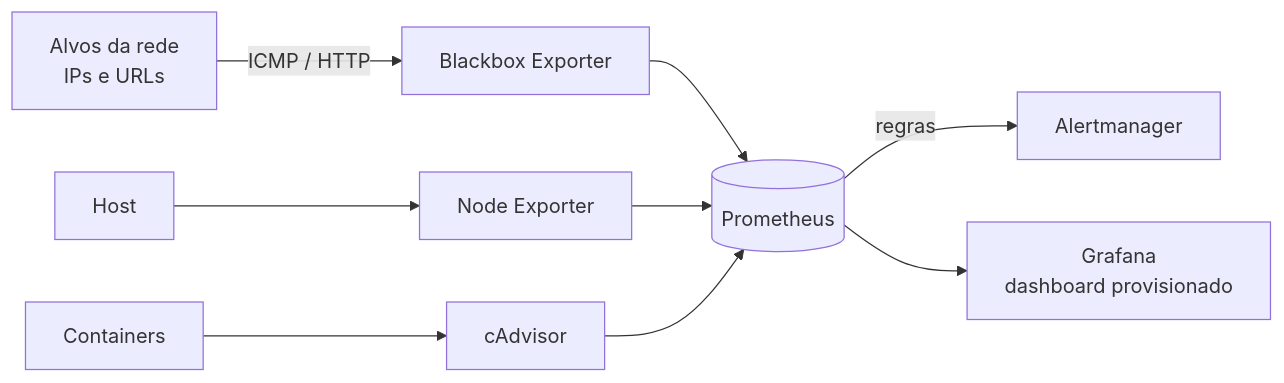
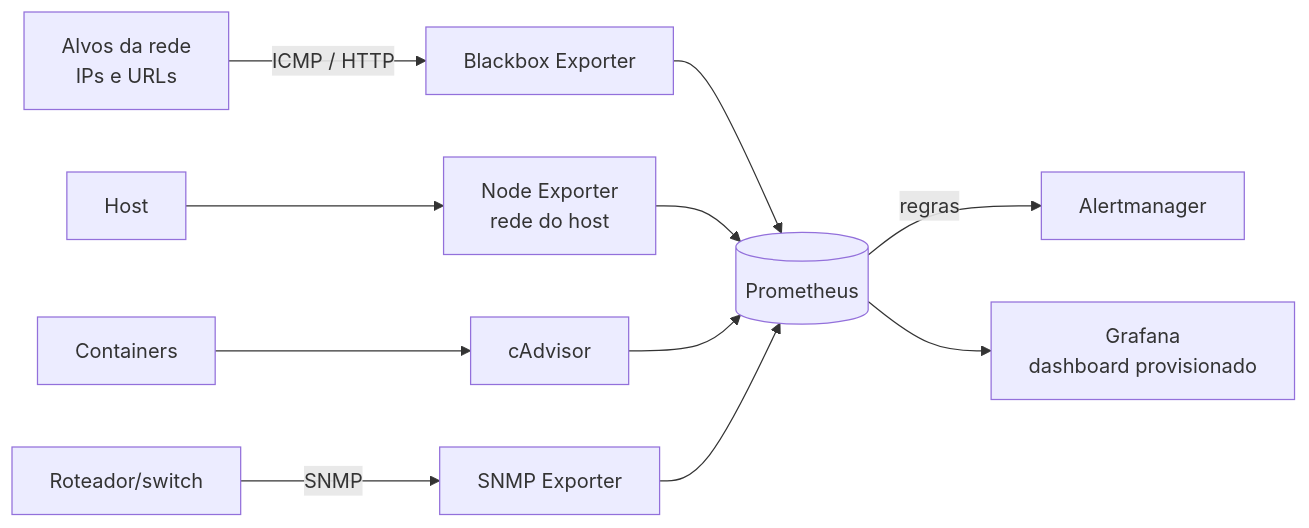
One commit to MvitorLS/monitoramento-redes-docker changed the diagram in README.md. Above: the diagram before and after it, drawn with Mermaid. The commit also changed other lines of this file and 7 other files, not shown here.

````diff
--- a/README.md
+++ b/README.md
@@ -5,9 +7,10 @@
 ```mermaid
 flowchart LR
     T[Alvos da rede<br/>IPs e URLs] -- ICMP / HTTP --> BB[Blackbox Exporter]
-    H[Host] --> NE[Node Exporter]
+    H[Host] --> NE[Node Exporter<br/>rede do host]
+    R[Roteador/switch] -- SNMP --> SN[SNMP Exporter]
     C[Containers] --> CA[cAdvisor]
-    BB & NE & CA --> P[(Prometheus)]
+    BB & NE & CA & SN --> P[(Prometheus)]
     P -- regras --> AM[Alertmanager]
     P --> G[Grafana<br/>dashboard provisionado]
 ```
````
